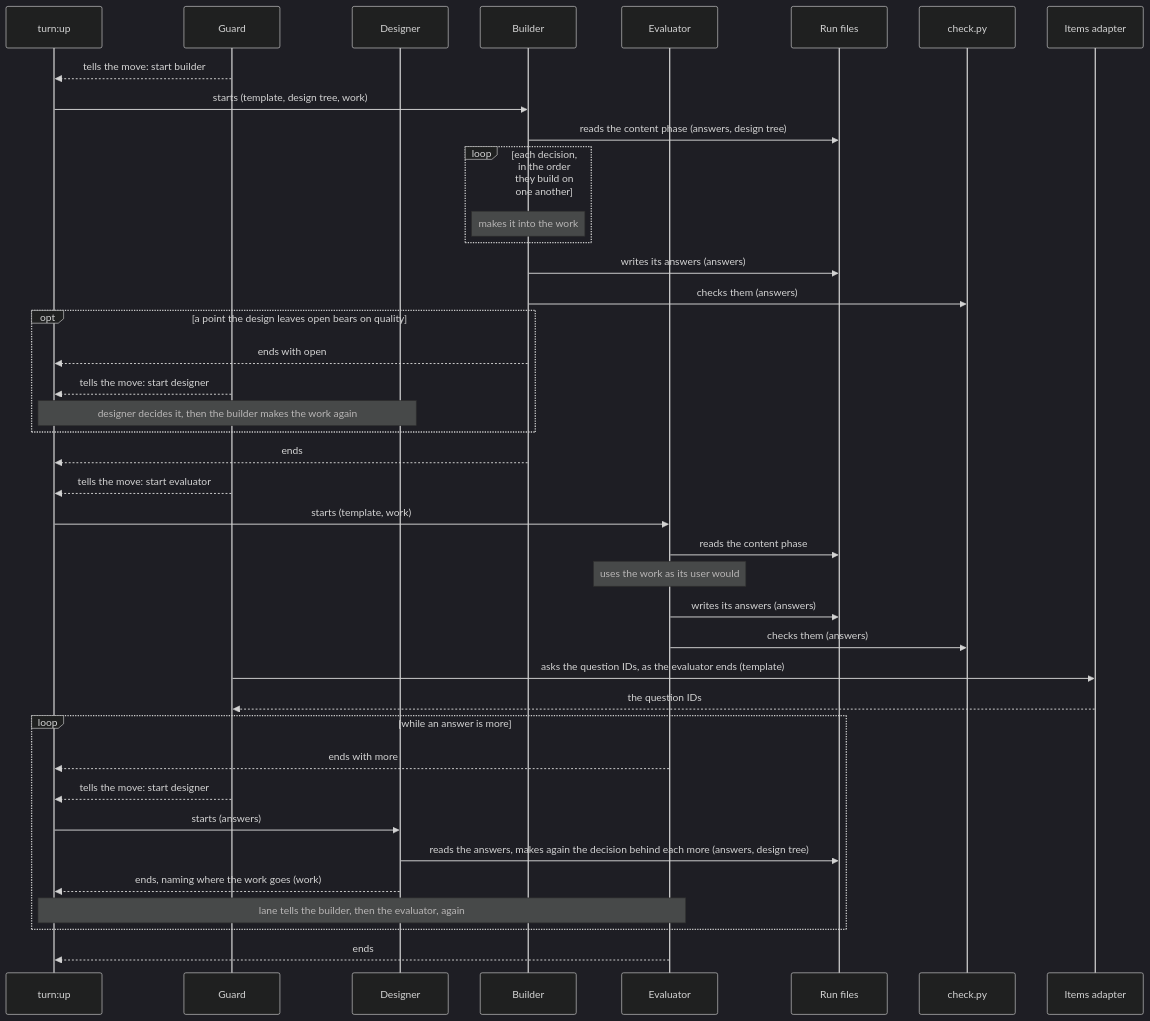
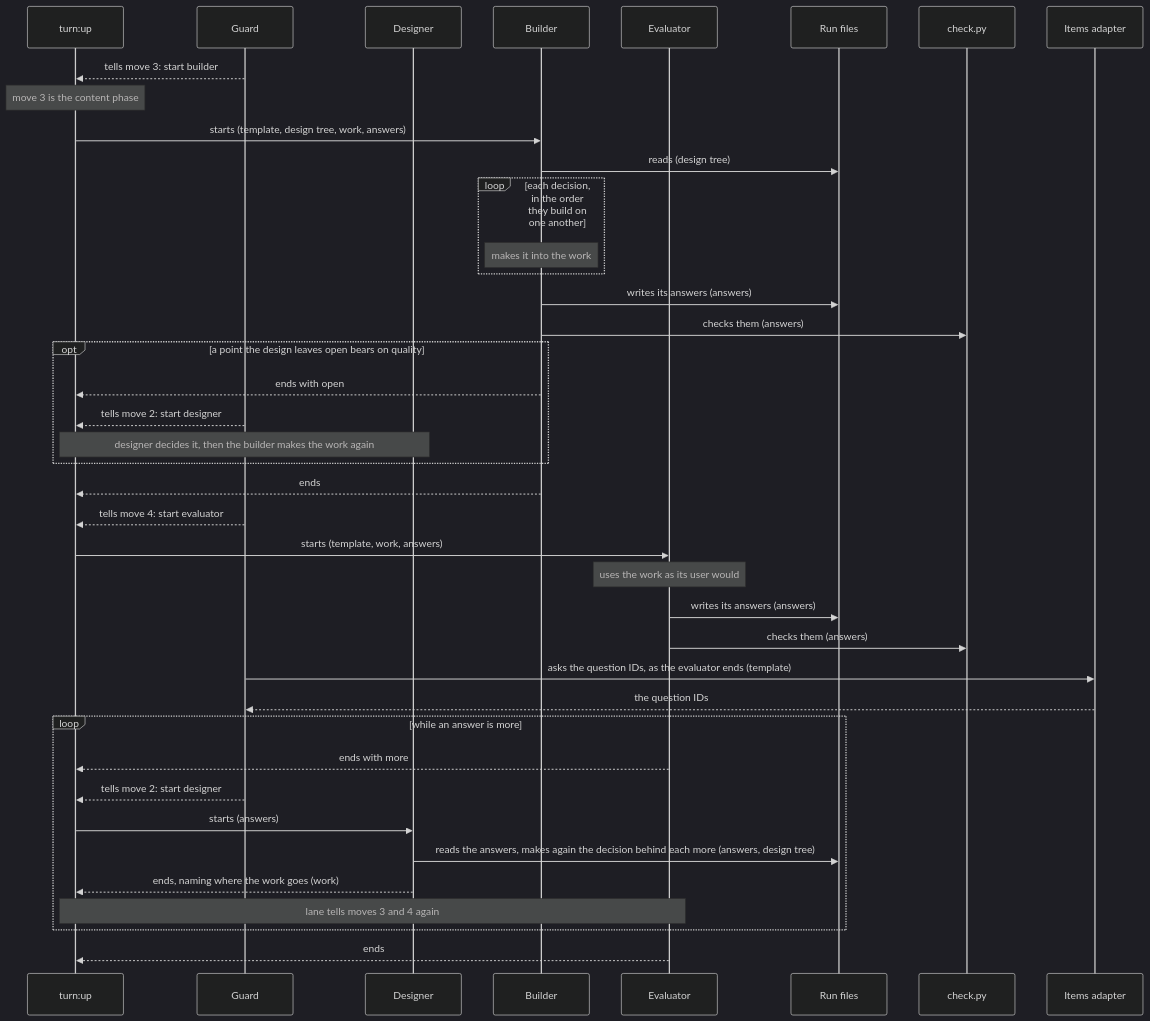
One commit to lovaizu/ccpm changed the fourth of 6 diagrams in dev/turn/architecture.md. Above: the diagram before and after it, drawn with Mermaid (dark theme). The commit also changed other lines of this file and 1 other file, not shown here.

````diff
--- a/dev/turn/architecture.md
+++ b/dev/turn/architecture.md
@@ -331,42 +342,42 @@
 ```mermaid
 sequenceDiagram
   participant U as turn:up
   participant G as Guard
   participant D as Designer
   participant B as Builder
   participant E as Evaluator
   participant R as Run files
   participant C as check.py
   participant IA as Items adapter
-  G-->>U: tells the move: start builder
-  U->>B: starts (template, design tree, work)
-  B->>R: reads the content phase (answers, design tree)
+  G-->>U: tells move 3: start builder
+  Note over U: move 3 is the content phase
+  U->>B: starts (template, design tree, work, answers)
+  B->>R: reads (design tree)
   loop each decision, in the order they build on one another
     Note over B: makes it into the work
   end
   B->>R: writes its answers (answers)
   B->>C: checks them (answers)
   opt a point the design leaves open bears on quality
     B-->>U: ends with open
-    G-->>U: tells the move: start designer
+    G-->>U: tells move 2: start designer
     Note over U,D: designer decides it, then the builder makes the work again
   end
   B-->>U: ends
-  G-->>U: tells the move: start evaluator
-  U->>E: starts (template, work)
-  E->>R: reads the content phase
+  G-->>U: tells move 4: start evaluator
+  U->>E: starts (template, work, answers)
   Note over E: uses the work as its user would
   E->>R: writes its answers (answers)
   E->>C: checks them (answers)
   G->>IA: asks the question IDs, as the evaluator ends (template)
   IA-->>G: the question IDs
   loop while an answer is more
     E-->>U: ends with more
-    G-->>U: tells the move: start designer
+    G-->>U: tells move 2: start designer
     U->>D: starts (answers)
     D->>R: reads the answers, makes again the decision behind each more (answers, design tree)
     D-->>U: ends, naming where the work goes (work)
-    Note over U,E: lane tells the builder, then the evaluator, again
+    Note over U,E: lane tells moves 3 and 4 again
   end
   E-->>U: ends
 ```
````
